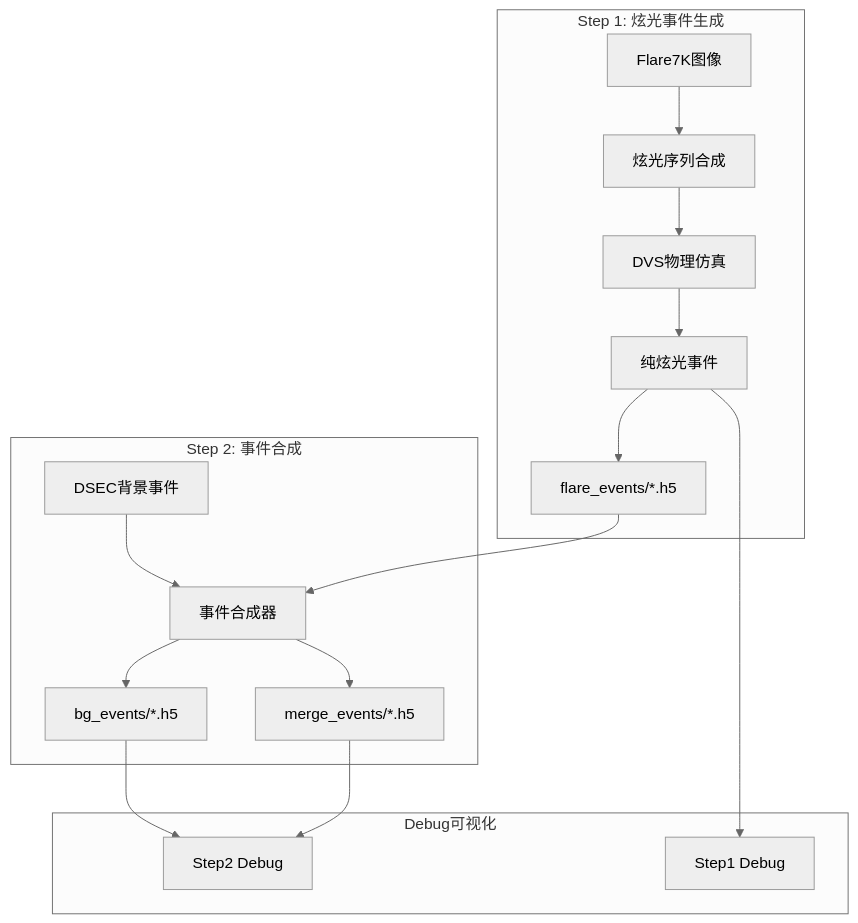
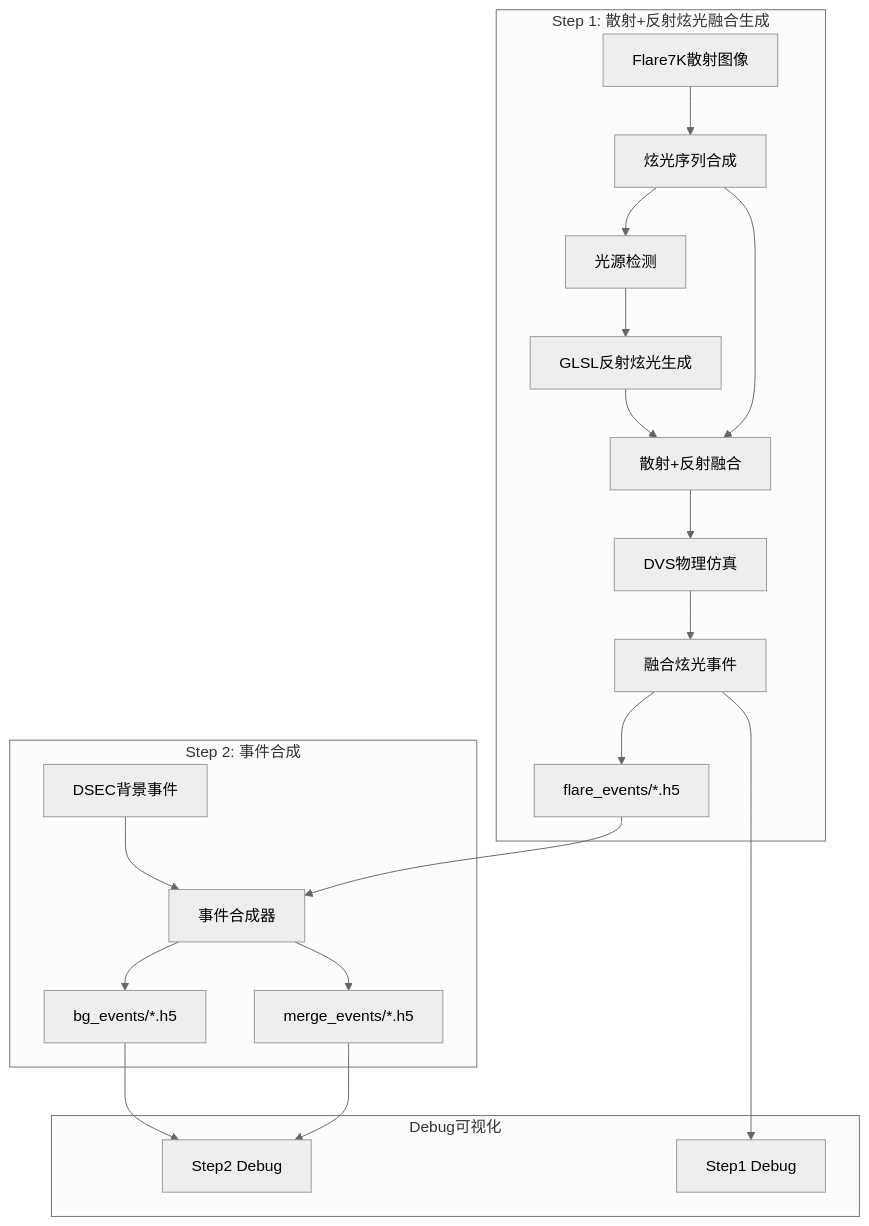
The first of 2 diagrams in CLAUDE.md (lanpokn/EDFFM), drawn with Mermaid (neutral theme) before and after one commit. The commit also changed other lines of this file and 2 other files, not shown here.

````diff
--- a/CLAUDE.md
+++ b/CLAUDE.md
@@ -86,22 +90,26 @@
 ```mermaid
 graph TD
-    subgraph "Step 1: 炫光事件生成"
-        A[Flare7K图像] --> B[炫光序列合成]
-        B --> C[DVS物理仿真]
-        C --> D[纯炫光事件]
-        D --> E[flare_events/*.h5]
+    subgraph "Step 1: 散射+反射炫光融合生成"
+        A[Flare7K散射图像] --> B[炫光序列合成]
+        B --> C[光源检测]
+        C --> D[GLSL反射炫光生成]
+        B --> E[散射+反射融合]
+        D --> E
+        E --> F[DVS物理仿真]
+        F --> G[融合炫光事件]
+        G --> H[flare_events/*.h5]
     end
     
     subgraph "Step 2: 事件合成"
-        F[DSEC背景事件] --> H[事件合成器]
-        E --> H
-        H --> I[bg_events/*.h5]
-        H --> J[merge_events/*.h5]
+        I[DSEC背景事件] --> K[事件合成器]
+        H --> K
+        K --> L[bg_events/*.h5]
+        K --> M[merge_events/*.h5]
     end
     
     subgraph "Debug可视化"
-        D --> K[Step1 Debug]
-        I --> L[Step2 Debug]
-        J --> L
+        G --> N[Step1 Debug]
+        L --> O[Step2 Debug]
+        M --> O
     end
 ```
````
